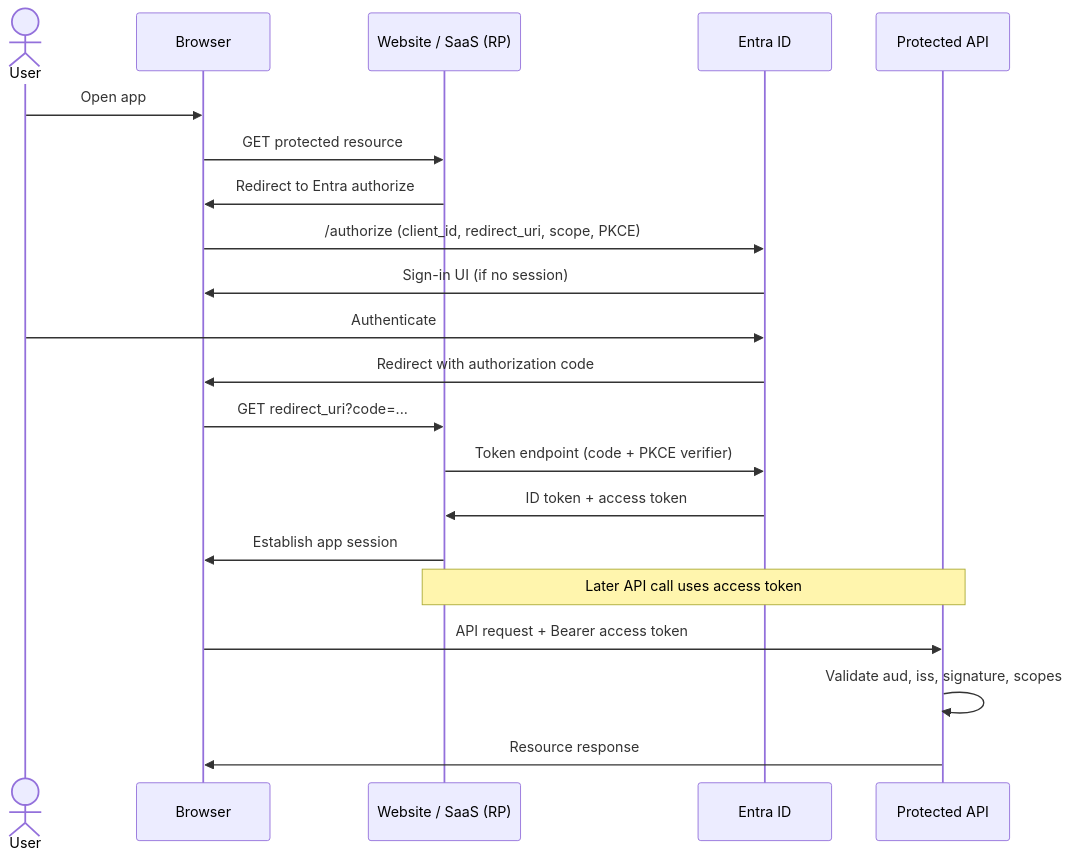
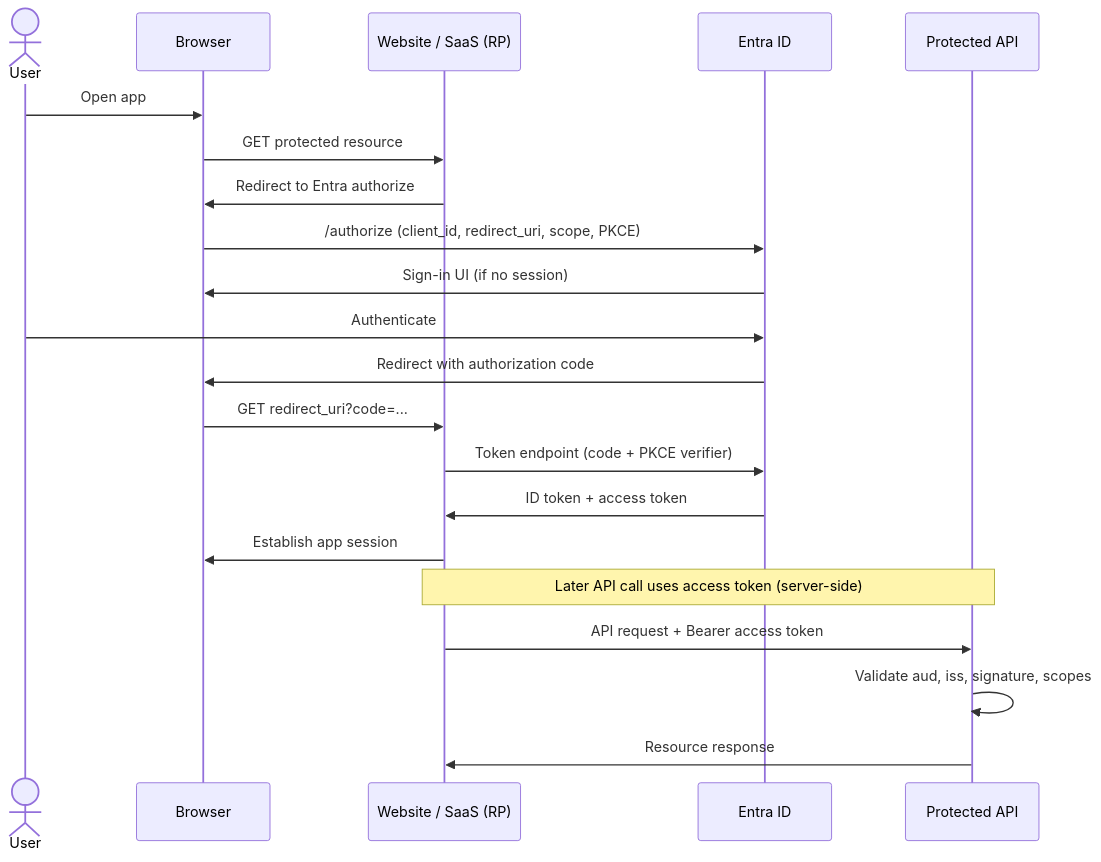
The diagram in docs/03-browser-sso-saml-oidc.md (jetri/sso-landscape), drawn with Mermaid before and after one commit. The commit also changed other lines of this file, not shown here.

Commit message:
Fix OIDC and SAML ownership accuracy in browser SSO doc.
Correct the OIDC sequence so confidential/BFF apps call APIs server-side, and clarify that SP ACS URLs are registered in Entra while IdP metadata comes from Entra.

````diff
--- a/docs/03-browser-sso-saml-oidc.md
+++ b/docs/03-browser-sso-saml-oidc.md
@@ -50,24 +50,24 @@
 ```mermaid
 sequenceDiagram
   actor User
   participant Browser
   participant App as Website / SaaS (RP)
   participant Entra as Entra ID
   participant API as Protected API
 
   User->>Browser: Open app
   Browser->>App: GET protected resource
   App->>Browser: Redirect to Entra authorize
   Browser->>Entra: /authorize (client_id, redirect_uri, scope, PKCE)
   Entra->>Browser: Sign-in UI (if no session)
   User->>Entra: Authenticate
   Entra->>Browser: Redirect with authorization code
   Browser->>App: GET redirect_uri?code=...
   App->>Entra: Token endpoint (code + PKCE verifier)
   Entra->>App: ID token + access token
   App->>Browser: Establish app session
-  Note over App,API: Later API call uses access token
-  Browser->>API: API request + Bearer access token
+  Note over App,API: Later API call uses access token (server-side)
+  App->>API: API request + Bearer access token
   API->>API: Validate aud, iss, signature, scopes
-  API->>Browser: Resource response
+  API->>App: Resource response
 ```
````
